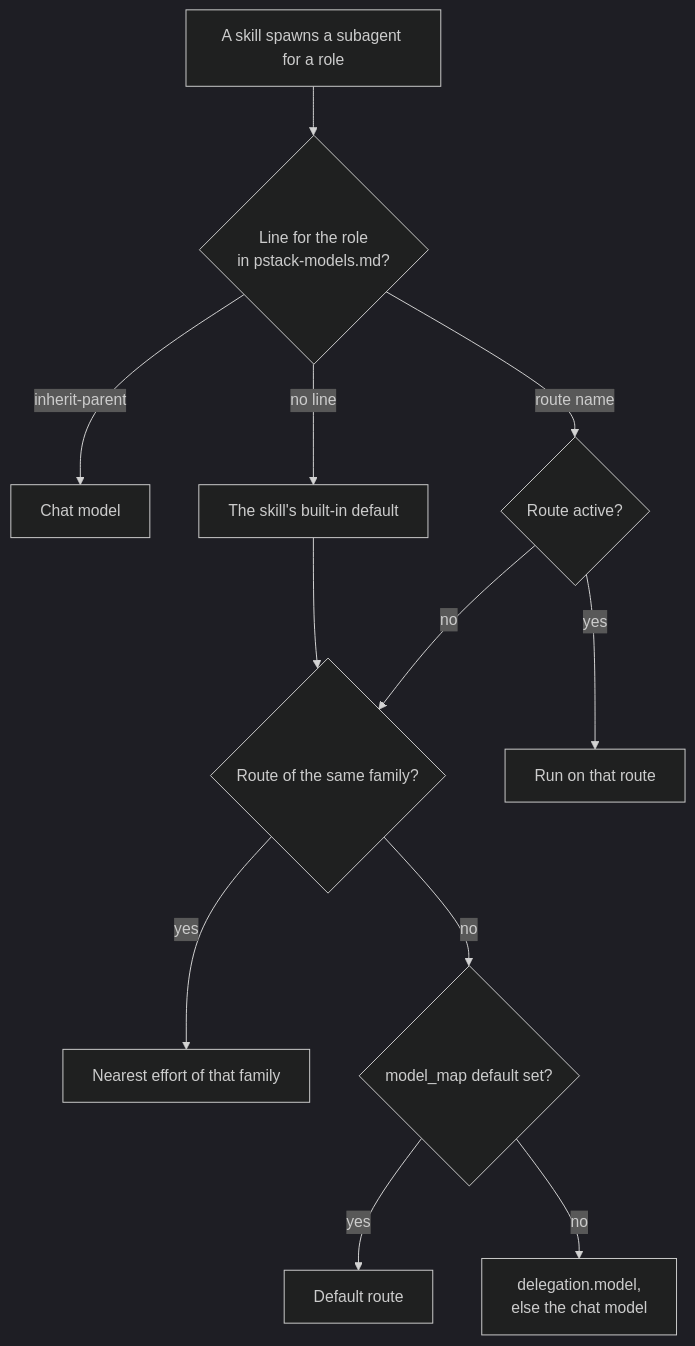
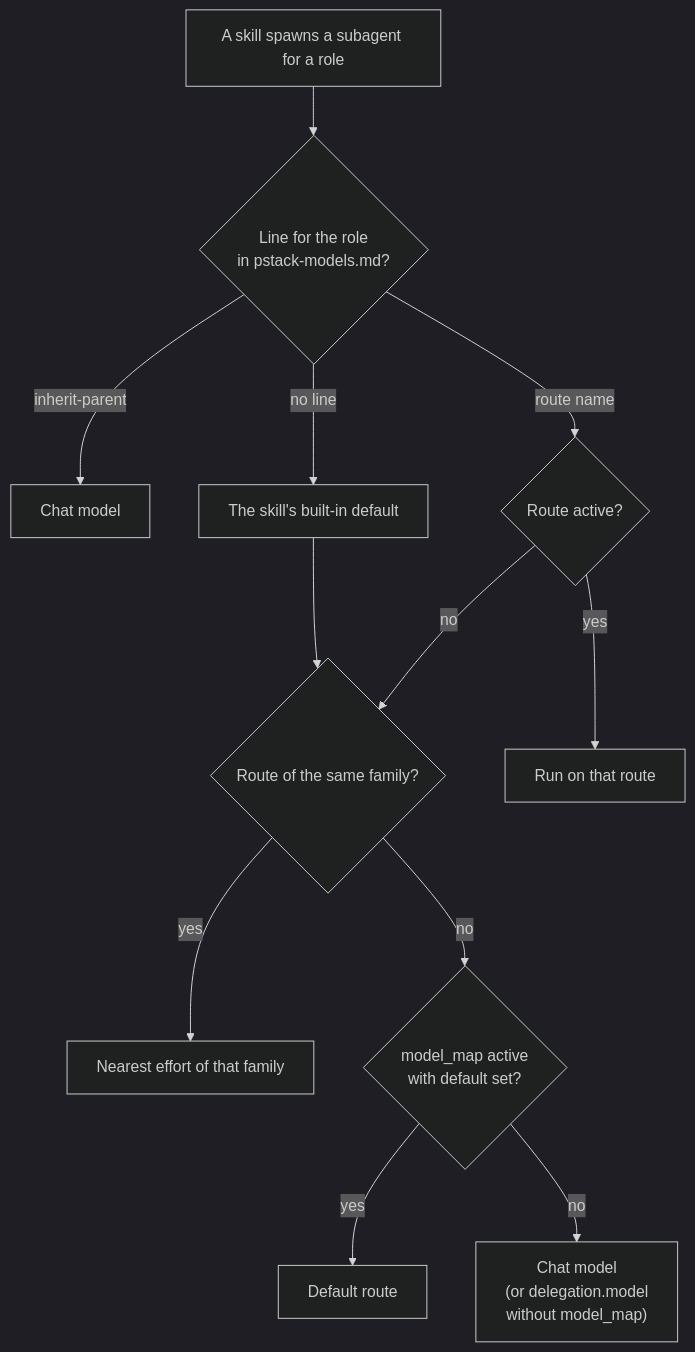
The second of 2 diagrams in README.md (Trisert/pstacky), drawn with Mermaid (dark theme) before and after one commit. The commit also changed other lines of this file and 1 other file, not shown here.

First line of the commit message:
fix(setup-pstack): address review findings (budget options, cancel branch, judge pool, diagrams)

````diff
--- a/README.md
+++ b/README.md
@@ -136,14 +138,14 @@
 ```mermaid
 flowchart TD
     R["A skill spawns a subagent for a role"] --> L{"Line for the role<br/>in pstack-models.md?"}
     L -- "inherit-parent" --> P["Chat model"]
     L -- "route name" --> X{"Route active?"}
     L -- "no line" --> D["The skill's built-in default"]
     D --> F{"Route of the same family?"}
     X -- yes --> U["Run on that route"]
     X -- no --> F
     F -- yes --> U2["Nearest effort of that family"]
-    F -- no --> M{"model_map default set?"}
+    F -- no --> M{"model_map active<br/>with default set?"}
     M -- yes --> DR["Default route"]
-    M -- no --> DM["delegation.model,<br/>else the chat model"]
+    M -- no --> DM["Chat model<br/>(or delegation.model<br/>without model_map)"]
 ```
````
